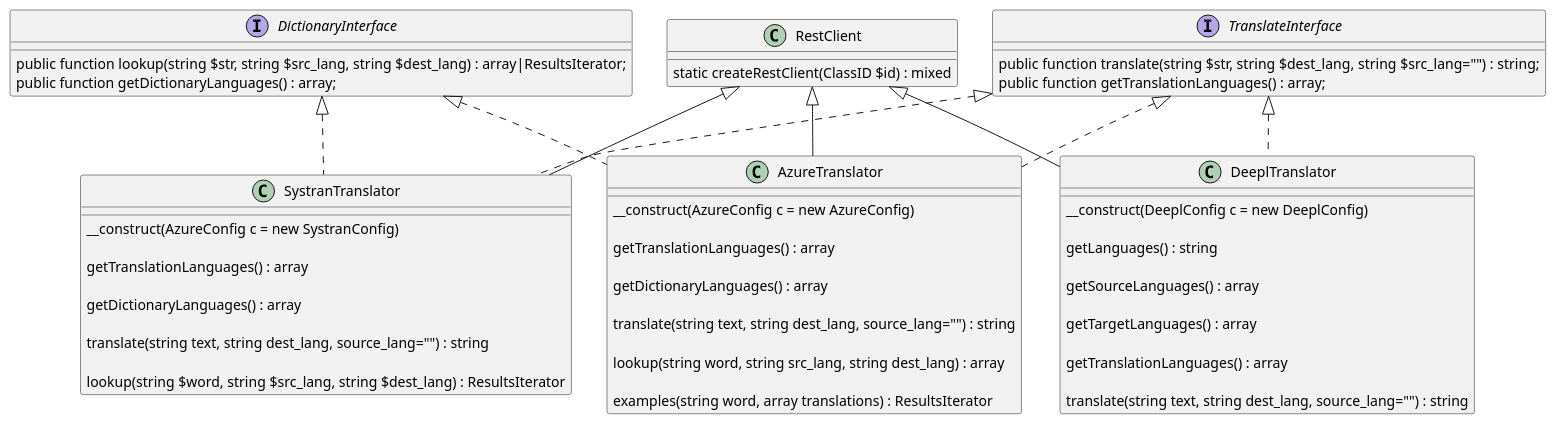
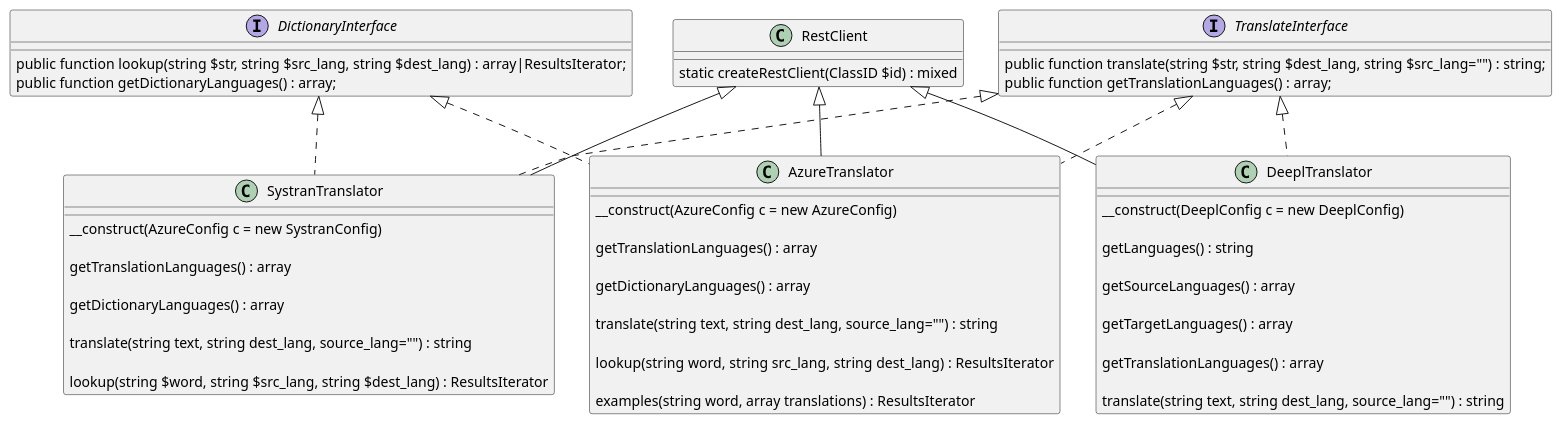
One commit to kurt-krueckeberg/php-translation-and-dictionary-rest-api-classes changed the first of 3 diagrams in README.md. Above: the diagram before and after it, drawn with PlantUML.

````diff
--- a/README.md
+++ b/README.md
@@ -50,62 +50,62 @@
 ```plantuml
 interface TranslateInterface {
 
    public function translate(string $str, string $dest_lang, string $src_lang="") : string;
    public function getTranslationLanguages() : array;
 }
 
 interface DictionaryInterface {
    
    public function lookup(string $str, string $src_lang, string $dest_lang) : array|ResultsIterator; 
    public function getDictionaryLanguages() : array; 
 }
 
 
 class RestClient {
 
    static createRestClient(ClassID $id) : mixed
 }
 
 class AzureTranslator extends RestClient implements DictionaryInterface, TranslateInterface {
 
    __construct(AzureConfig c = new AzureConfig)
    
    getTranslationLanguages() : array
 
    getDictionaryLanguages() : array 
     
    translate(string text, string dest_lang, source_lang="") : string 
    
-   lookup(string word, string src_lang, string dest_lang) : array 
+   lookup(string word, string src_lang, string dest_lang) :  ResultsIterator
 
    examples(string word, array translations) : ResultsIterator
 }
 
 class DeeplTranslator extends RestClient implements TranslateInterface {
    
    __construct(DeeplConfig c = new DeeplConfig)
    
    getLanguages() : string
 
    getSourceLanguages() : array
 
    getTargetLanguages() : array
    
    getTranslationLanguages() : array
 
    translate(string text, string dest_lang, source_lang="") : string 
 }
 
 class SystranTranslator extends RestClient implements DictionaryInterface, TranslateInterface {
 
    __construct(AzureConfig c = new SystranConfig)
    
    getTranslationLanguages() : array
 
    getDictionaryLanguages() : array 
     
    translate(string text, string dest_lang, source_lang="") : string 
    
    lookup(string $word, string $src_lang, string $dest_lang) : ResultsIterator
 }
 ```
````
